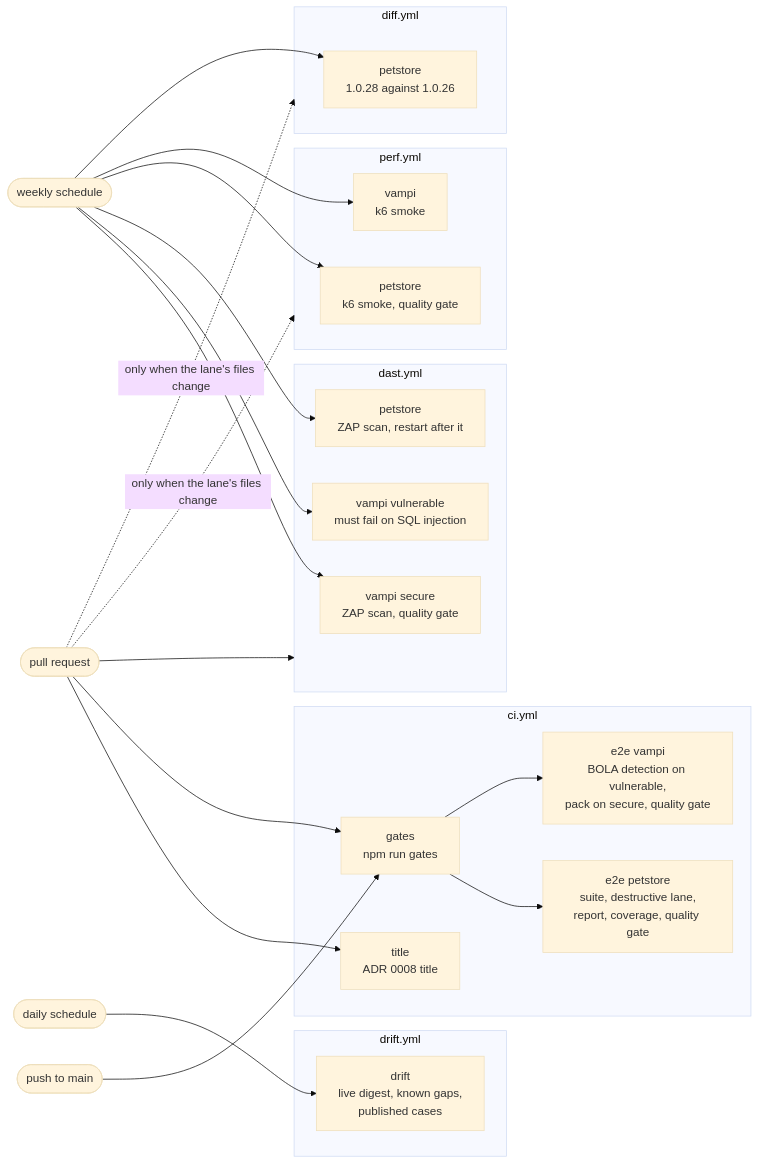
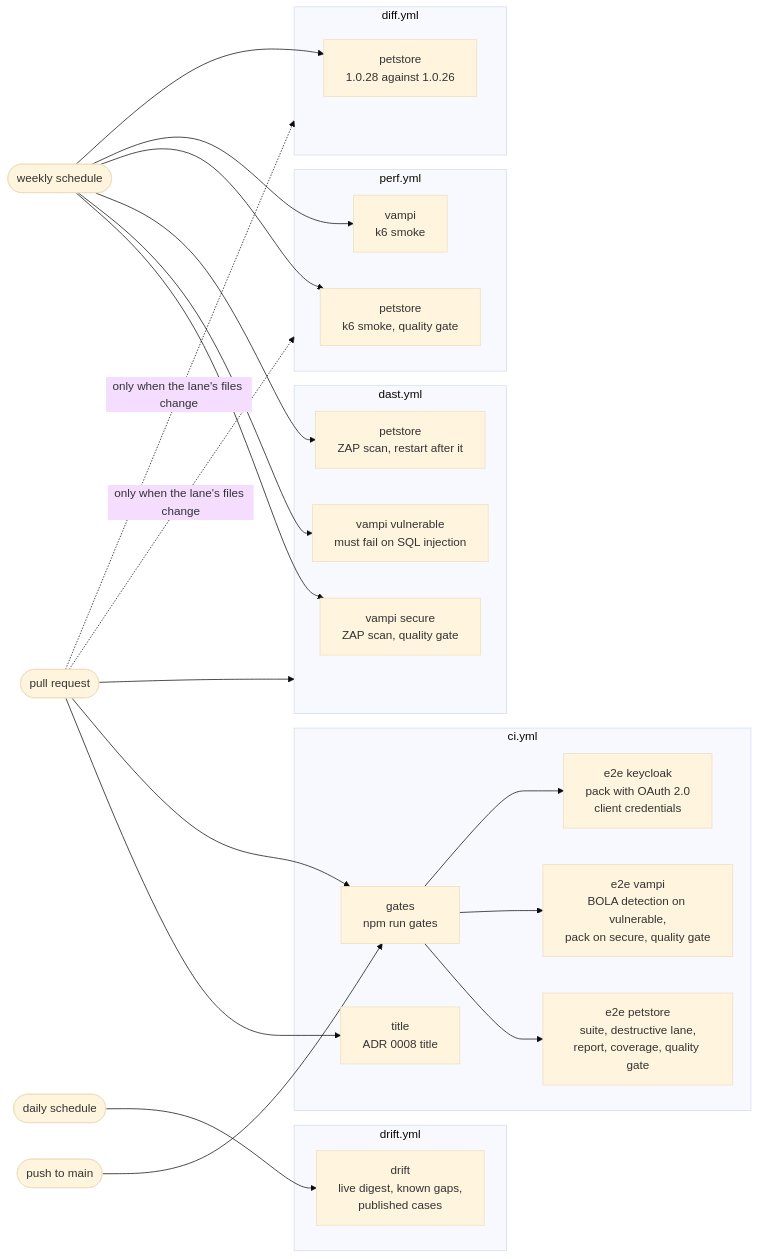
The diagram in docs/ci.md (marceloancieta/api-qa-agentic-framework), drawn with Mermaid (base theme) before and after one commit. The commit also changed other lines of this file and 3 other files, not shown here.

````diff
--- a/docs/ci.md
+++ b/docs/ci.md
@@ -27,49 +27,51 @@
 ```mermaid
 flowchart LR
   pr(["pull request"])
   push(["push to main"])
   daily(["daily schedule"])
   weekly(["weekly schedule"])
 
   subgraph ciWf["ci.yml"]
     title["title<br/>ADR 0008 title"]
     gatesJob["gates<br/>npm run gates"]
     e2e["e2e petstore<br/>suite, destructive lane,<br/>report, coverage, quality gate"]
     e2eVampi["e2e vampi<br/>BOLA detection on vulnerable,<br/>pack on secure, quality gate"]
+    e2eKeycloak["e2e keycloak<br/>pack with OAuth 2.0<br/>client credentials"]
     gatesJob --> e2e
     gatesJob --> e2eVampi
+    gatesJob --> e2eKeycloak
   end
 
   subgraph driftWf["drift.yml"]
     drift["drift<br/>live digest, known gaps,<br/>published cases"]
   end
 
   subgraph dastWf["dast.yml"]
     dastSecure["vampi secure<br/>ZAP scan, quality gate"]
     dastVuln["vampi vulnerable<br/>must fail on SQL injection"]
     dastPet["petstore<br/>ZAP scan, restart after it"]
   end
 
   subgraph perfWf["perf.yml"]
     perfPet["petstore<br/>k6 smoke, quality gate"]
     perfVampi["vampi<br/>k6 smoke"]
   end
 
   subgraph diffWf["diff.yml"]
     diffPet["petstore<br/>1.0.28 against 1.0.26"]
   end
 
   pr --> title
   pr --> gatesJob
   push --> gatesJob
   daily --> drift
   weekly --> dastSecure
   weekly --> dastVuln
   weekly --> dastPet
   weekly --> perfPet
   weekly --> perfVampi
   weekly --> diffPet
   pr --> dastWf
   pr -.->|"only when the lane's files change"| perfWf
   pr -.->|"only when the lane's files change"| diffWf
 ```
````
